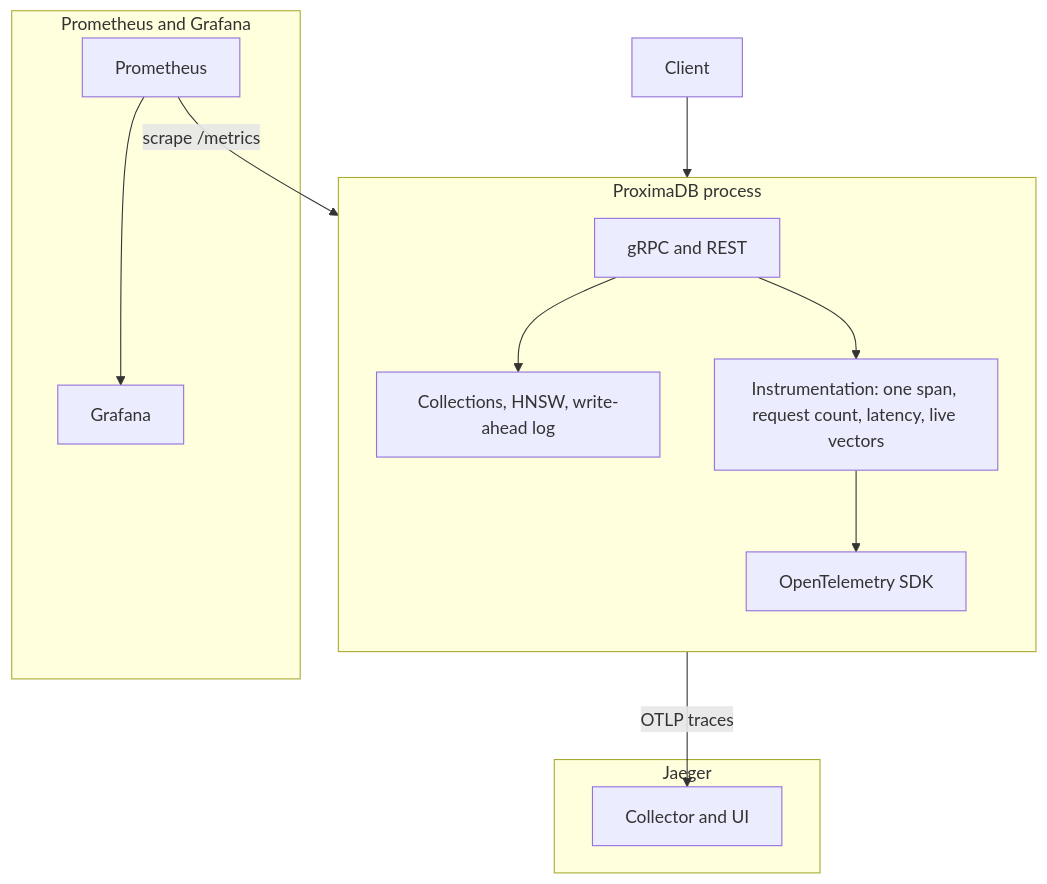
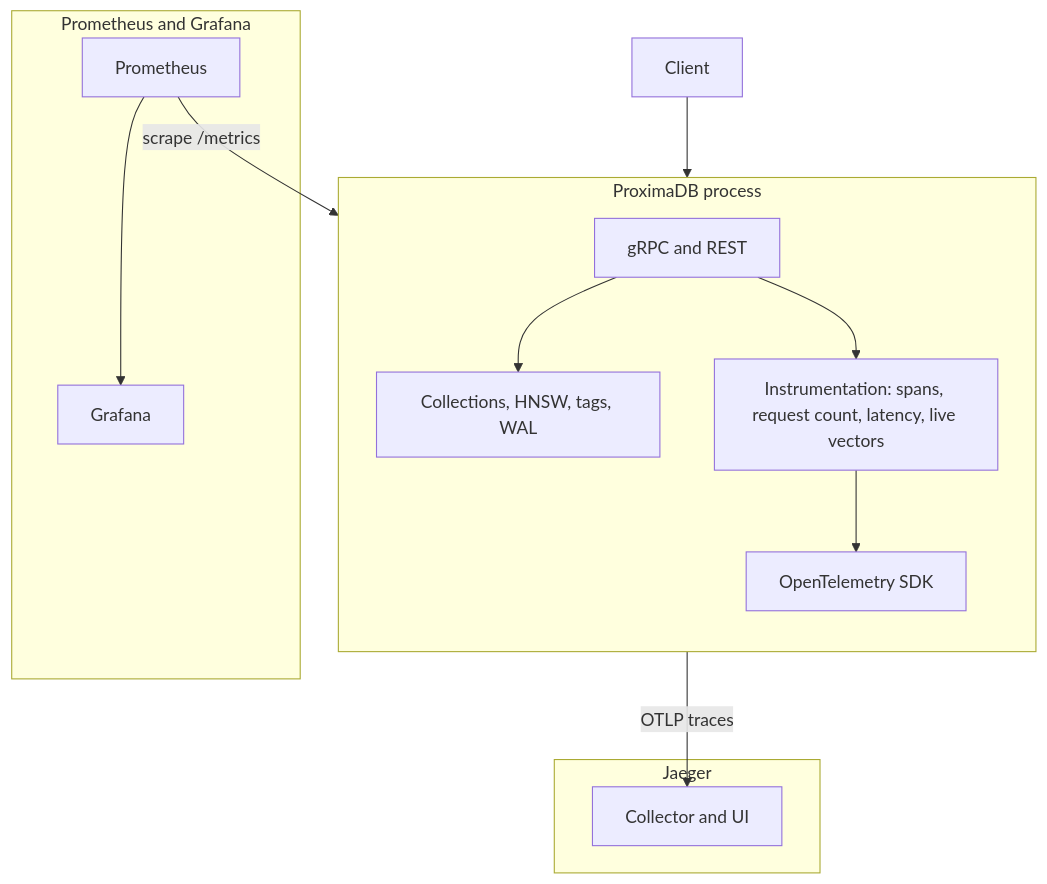
Before and after one commit to cotishq/proximadb: the diagram in README.md, drawn with Mermaid. The commit also changed other lines of this file, not shown here.

````diff
--- a/README.md
+++ b/README.md
@@ -13,27 +27,27 @@
 ```mermaid
 flowchart TB
   subgraph process [ProximaDB process]
     direction TB
     API[gRPC and REST]
-    Store[Collections, HNSW, write-ahead log]
-    Inst[Instrumentation: one span, request count, latency, live vectors]
+    Store[Collections, HNSW, tags, WAL]
+    Inst[Instrumentation: spans, request count, latency, live vectors]
     SDK[OpenTelemetry SDK]
     API --> Store
     API --> Inst
     Inst --> SDK
   end
 
   subgraph jaeger [Jaeger]
     J[Collector and UI]
   end
 
   subgraph dash [Prometheus and Grafana]
     P[Prometheus]
     G[Grafana]
     P --> G
   end
 
   Client[Client] --> API
   SDK -->|OTLP traces| J
   P -->|scrape /metrics| SDK
 ```
````
